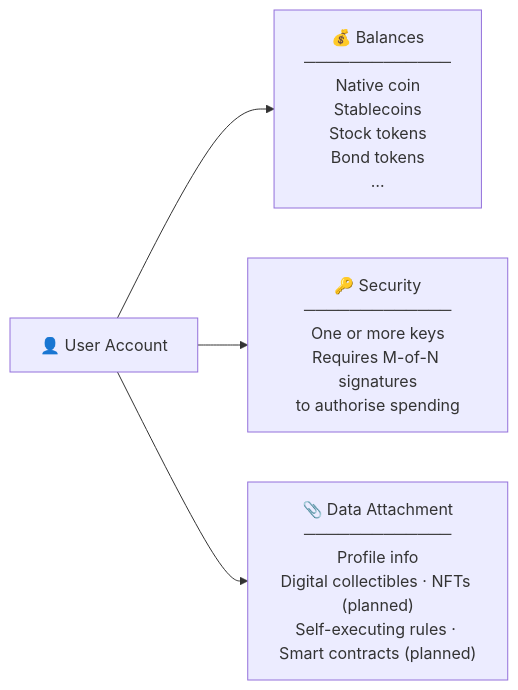
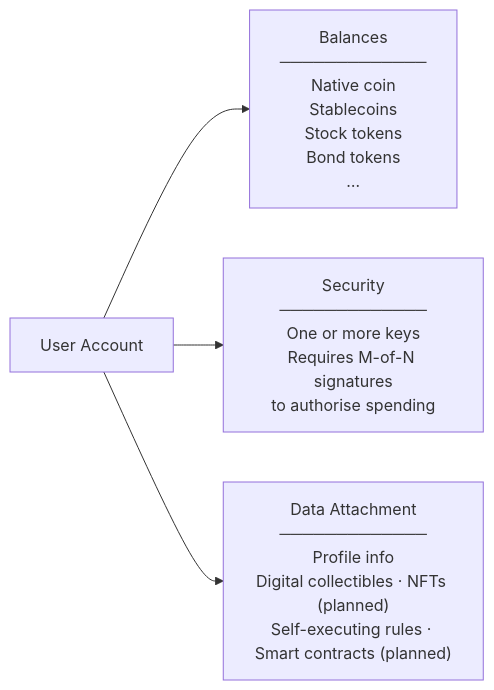
The sixth of 6 diagrams in docs/design.md (people-post/pp-ledger), drawn with Mermaid before and after one commit. The commit also changed other lines of this file, not shown here.

````diff
--- a/docs/design.md
+++ b/docs/design.md
@@ -161,11 +164,11 @@
 ```mermaid
 flowchart LR
-    A["👤 User Account"]
-    B["💰 Balances\n─────────────\nNative coin\nStablecoins\nStock tokens\nBond tokens\n…"]
-    C["🔑 Security\n─────────────\nOne or more keys\nRequires M-of-N signatures\nto authorise spending"]
-    D["📎 Data Attachment\n─────────────\nProfile info\nDigital collectibles · NFTs (planned)\nSelf-executing rules · Smart contracts (planned)"]
+    A["User Account"]
+    B["Balances<br>─────────────<br>Native coin<br>Stablecoins<br>Stock tokens<br>Bond tokens<br>…"]
+    C["Security<br>─────────────<br>One or more keys<br>Requires M-of-N signatures<br>to authorise spending"]
+    D["Data Attachment<br>─────────────<br>Profile info<br>Digital collectibles · NFTs (planned)<br>Self-executing rules · Smart contracts (planned)"]
 
     A --> B
     A --> C
     A --> D
 ```
````
